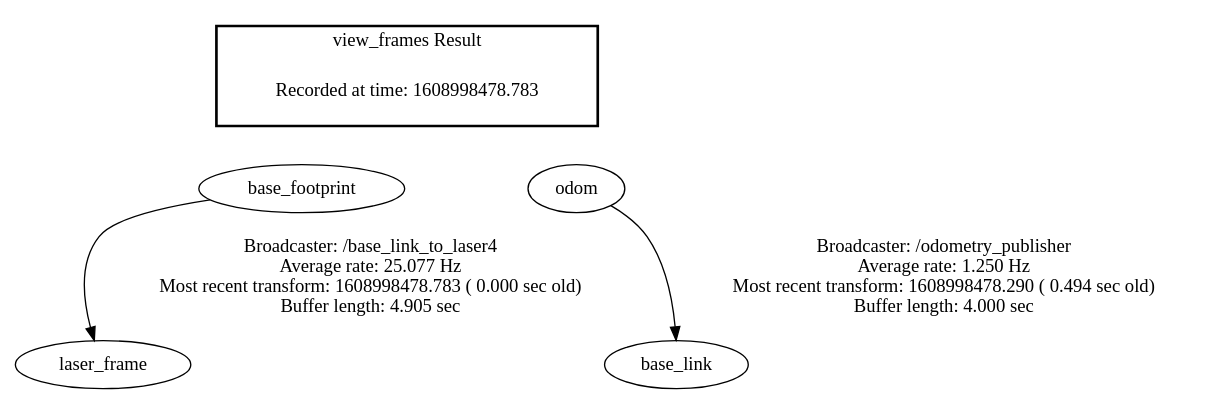
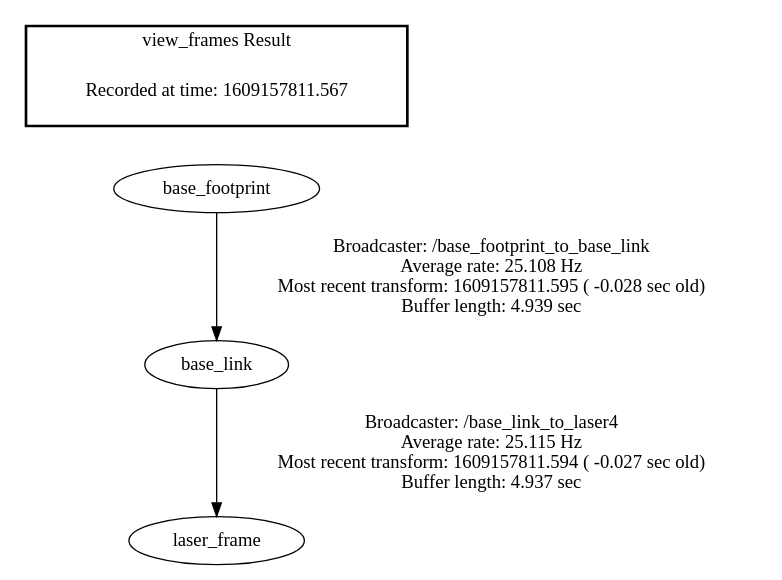
Before and after one commit to SaralTayal123/Rover2: the diagram in frames.gv, drawn with Graphviz. The commit also changed 924 other files, not shown here.

```diff
--- a/frames.gv
+++ b/frames.gv
@@ -1,12 +1,8 @@
 digraph G {
-"base_footprint" -> "laser_frame"[label="Broadcaster: /base_link_to_laser4\nAverage rate: 25.077 Hz\nMost recent transform: 1608998478.783 ( 0.000 sec old)\nBuffer length: 4.905 sec\n"];
-"odom" -> "base_link"[label="Broadcaster: /odometry_publisher\nAverage rate: 1.250 Hz\nMost recent transform: 1608998478.290 ( 0.494 sec old)\nBuffer length: 4.000 sec\n"];
+"base_link" -> "laser_frame"[label="Broadcaster: /base_link_to_laser4\nAverage rate: 25.115 Hz\nMost recent transform: 1609157811.594 ( -0.027 sec old)\nBuffer length: 4.937 sec\n"];
+"base_footprint" -> "base_link"[label="Broadcaster: /base_footprint_to_base_link\nAverage rate: 25.108 Hz\nMost recent transform: 1609157811.595 ( -0.028 sec old)\nBuffer length: 4.939 sec\n"];
 edge [style=invis];
  subgraph cluster_legend { style=bold; color=black; label ="view_frames Result";
-"Recorded at time: 1608998478.783"[ shape=plaintext ] ;
+"Recorded at time: 1609157811.567"[ shape=plaintext ] ;
  }->"base_footprint";
-edge [style=invis];
- subgraph cluster_legend { style=bold; color=black; label ="view_frames Result";
-"Recorded at time: 1608998478.783"[ shape=plaintext ] ;
- }->"odom";
 }
```
